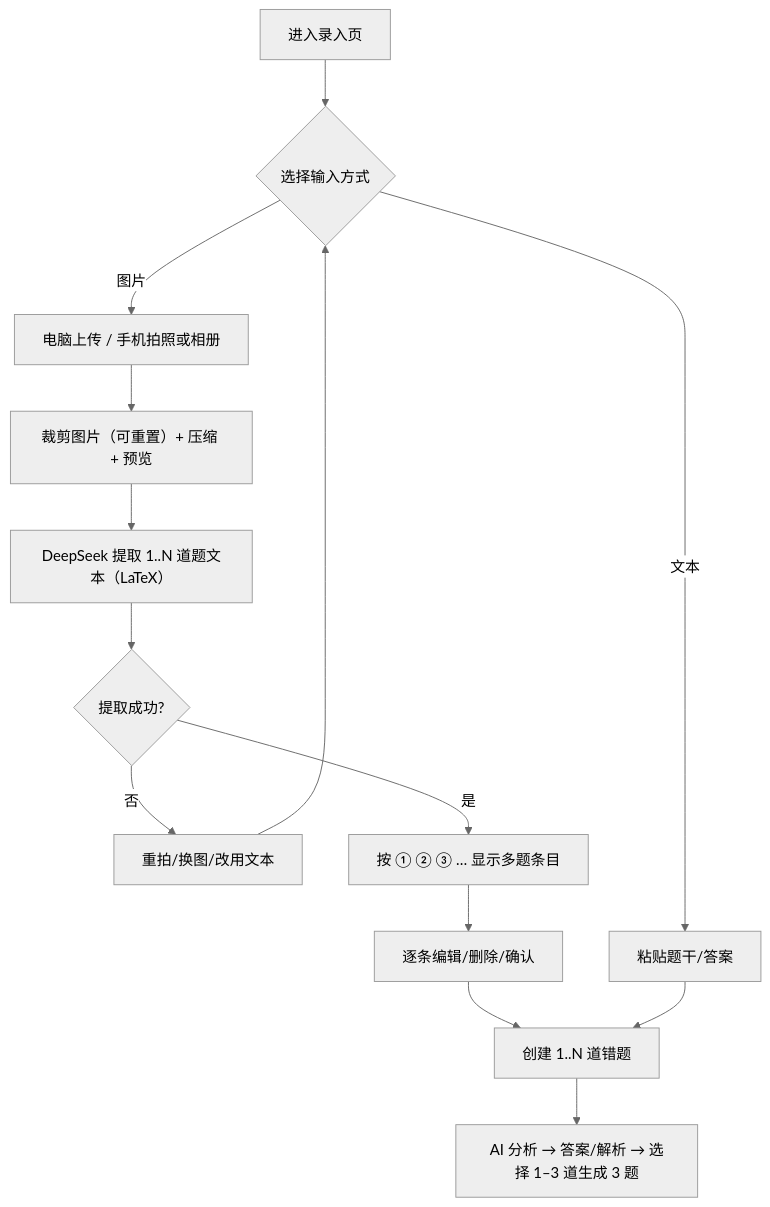
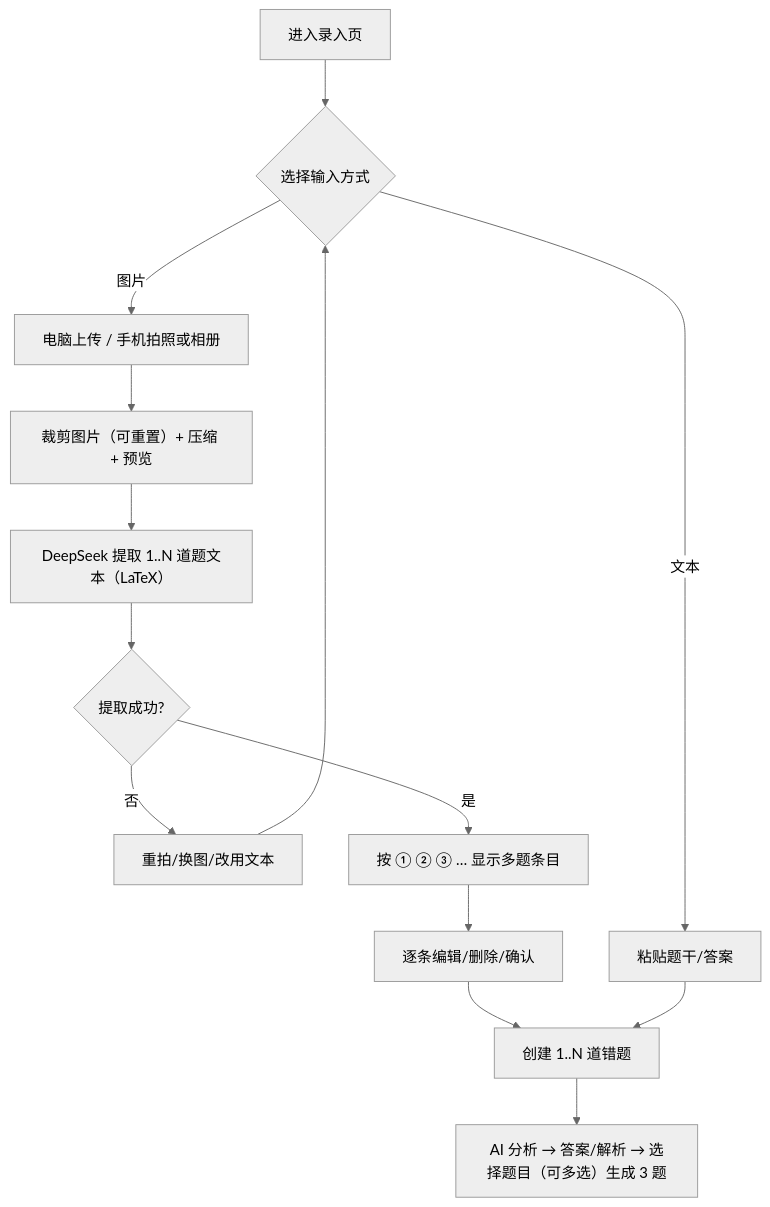
One commit to plmt3742/Bababoi-Learning-Machine changed the third of 3 diagrams in docs/agent/08-design-playbook.md. Above: the diagram before and after it, drawn with Mermaid (neutral theme). The commit also changed 32 other files, not shown here.

````diff
--- a/docs/agent/08-design-playbook.md
+++ b/docs/agent/08-design-playbook.md
@@ -182,16 +182,16 @@
 ```mermaid
 flowchart TD
   A[进入录入页] --> B{选择输入方式}
   B -- 文本 --> C[粘贴题干/答案]
   B -- 图片 --> D[电脑上传 / 手机拍照或相册]
   D --> E[裁剪图片（可重置）+ 压缩 + 预览]
   E --> F[DeepSeek 提取 1..N 道题文本（LaTeX）]
   F --> G{提取成功?}
   G -- 否 --> H[重拍/换图/改用文本]
   H --> B
   G -- 是 --> I[按 ① ② ③ … 显示多题条目]
   I --> J[逐条编辑/删除/确认]
   J --> K[创建 1..N 道错题]
   C --> K
-  K --> L[AI 分析 → 答案/解析 → 选择 1–3 道生成 3 题]
+  K --> L[AI 分析 → 答案/解析 → 选择题目（可多选）生成 3 题]
 ```
````
